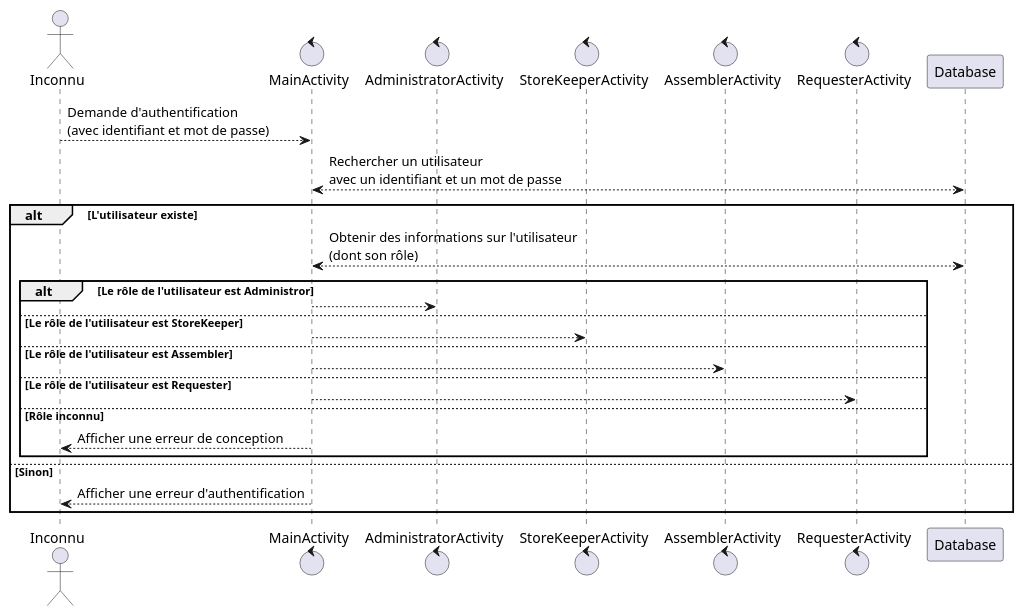
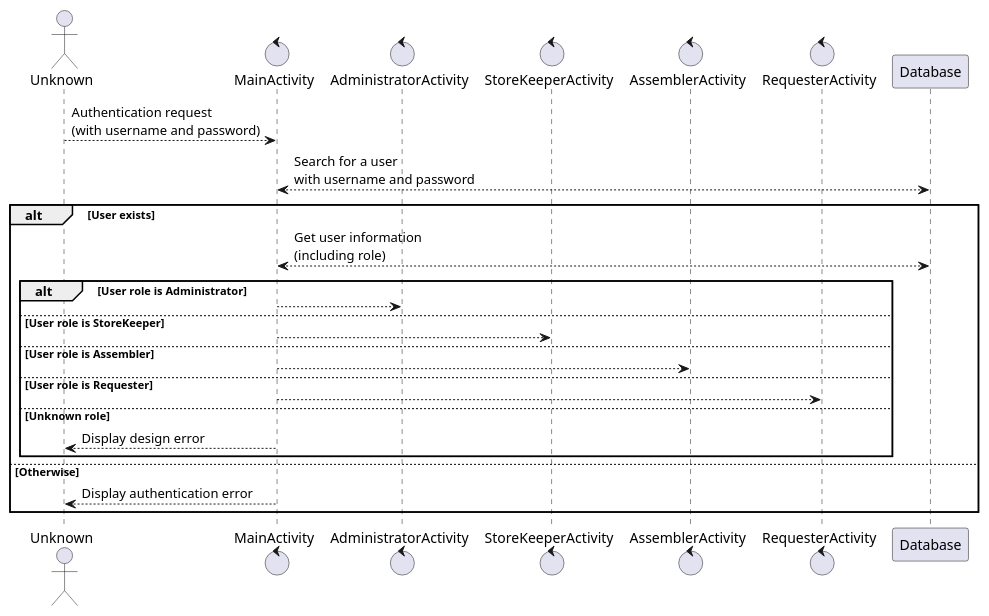
Diagram 11 of 15 in README.md (Yorkchk/PC_sur_mesure_Mobile_app), drawn with PlantUML before and after one commit. The commit also changed other lines of this file, not shown here.

````diff
--- a/README.md
+++ b/README.md
@@ -364,33 +351,35 @@
+```plantuml
 @startuml
-    actor Inconnu
+actor Unknown
 
-    control MainActivity
-    control AdministratorActivity
-    control StoreKeeperActivity
-    control AssemblerActivity
-    control RequesterActivity
+control MainActivity
+control AdministratorActivity
+control StoreKeeperActivity
+control AssemblerActivity
+control RequesterActivity
 
-    Inconnu --> MainActivity : Demande d'authentification\n(avec identifiant et mot de passe)
+Unknown --> MainActivity : Authentication request\n(with username and password)
 
-    MainActivity <--> Database : Rechercher un utilisateur\navec un identifiant et un mot de passe
+MainActivity <--> Database : Search for a user\nwith username and password
 
-    alt L'utilisateur existe
-        MainActivity <--> Database : Obtenir des informations sur l'utilisateur\n(dont son rôle) 
-        
-        alt Le rôle de l'utilisateur est Administror
-            MainActivity --> AdministratorActivity
-        else Le rôle de l'utilisateur est StoreKeeper
-            MainActivity --> StoreKeeperActivity
-        else Le rôle de l'utilisateur est Assembler
-            MainActivity --> AssemblerActivity
-        else Le rôle de l'utilisateur est Requester
-            MainActivity --> RequesterActivity
-        else Rôle inconnu 
-            MainActivity --> Inconnu : Afficher une erreur de conception
-        end
-    else Sinon
-        MainActivity --> Inconnu : Afficher une erreur d'authentification
+alt User exists
+    MainActivity <--> Database : Get user information\n(including role)
+
+    alt User role is Administrator
+        MainActivity --> AdministratorActivity
+    else User role is StoreKeeper
+        MainActivity --> StoreKeeperActivity
+    else User role is Assembler
+        MainActivity --> AssemblerActivity
+    else User role is Requester
+        MainActivity --> RequesterActivity
+    else Unknown role
+        MainActivity --> Unknown : Display design error
     end
+else Otherwise
+    MainActivity --> Unknown : Display authentication error
+end
 
-    database Database
+database Database
 @enduml
+```
````
